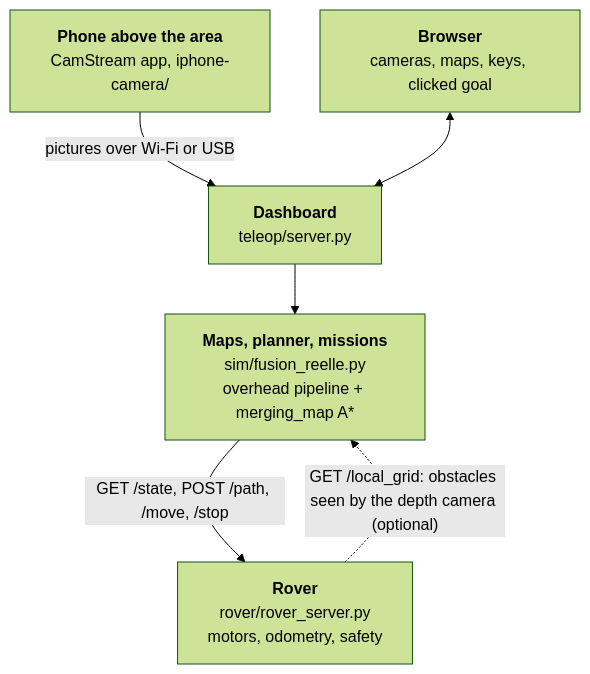
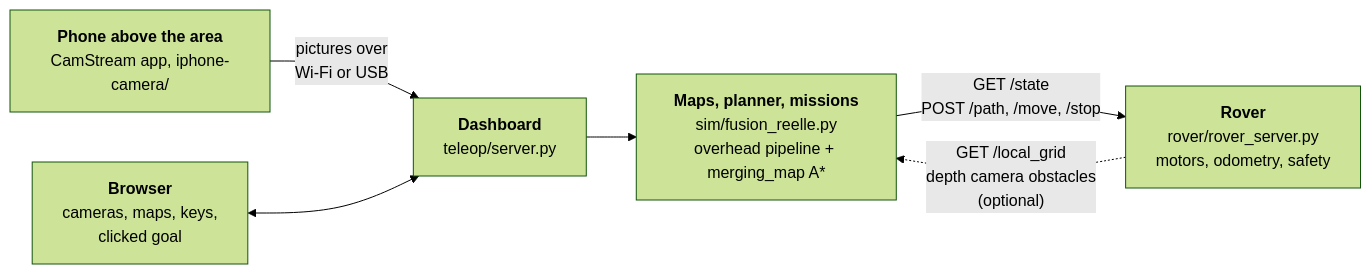
The diagram in README.md (Shah1st/polaris), drawn with Mermaid (forest theme) before and after one commit. The commit also changed other lines of this file, not shown here.

Commit message:
README: the vision (a swarm scouting at several scales), a wider diagram

````diff
--- a/README.md
+++ b/README.md
@@ -26,14 +54,14 @@
 ```mermaid
-flowchart TD
+flowchart LR
     phone["<b>Phone above the area</b><br/>CamStream app, iphone-camera/"]
-    browser["<b>Browser</b><br/>cameras, maps, keys, clicked goal"]
+    browser["<b>Browser</b><br/>cameras, maps, keys,<br/>clicked goal"]
     dash["<b>Dashboard</b><br/>teleop/server.py"]
     fusion["<b>Maps, planner, missions</b><br/>sim/fusion_reelle.py<br/>overhead pipeline + merging_map A*"]
     rover["<b>Rover</b><br/>rover/rover_server.py<br/>motors, odometry, safety"]
 
-    phone -- "pictures over Wi-Fi or USB" --> dash
+    phone -- "pictures over<br/>Wi-Fi or USB" --> dash
     browser <--> dash
     dash --> fusion
-    fusion -- "GET /state, POST /path, /move, /stop" --> rover
-    rover -. "GET /local_grid: obstacles seen by the depth camera (optional)" .-> fusion
+    fusion -- "GET /state<br/>POST /path, /move, /stop" --> rover
+    rover -. "GET /local_grid<br/>depth camera obstacles<br/>(optional)" .-> fusion
 ```
````
